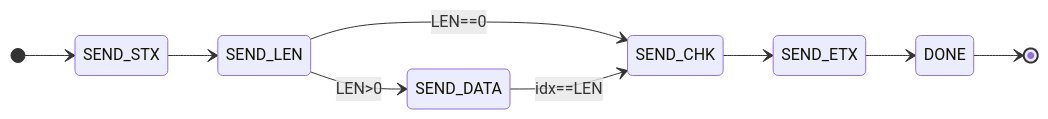
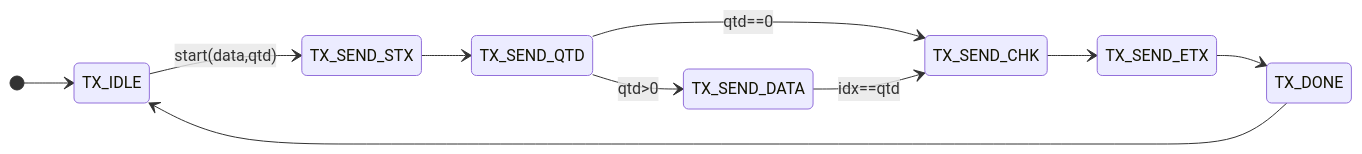
The diagram in FSM_Switch2/FSM_TX.mmd (angelolovatto/ufsm00292-pse), drawn with Mermaid before and after one commit. The commit also changed 9 other files, not shown here.

```diff
--- a/FSM_Switch2/FSM_TX.mmd
+++ b/FSM_Switch2/FSM_TX.mmd
@@ -1,10 +1,12 @@
 stateDiagram-v2
     direction LR
-    [*] --> SEND_STX
-    SEND_STX --> SEND_LEN
-    SEND_LEN --> SEND_DATA: LEN>0
-    SEND_LEN --> SEND_CHK: LEN==0
-    SEND_DATA --> SEND_CHK: idx==LEN
-    SEND_CHK --> SEND_ETX
-    SEND_ETX --> DONE
-    DONE --> [*]
+
+    [*] --> TX_IDLE
+    TX_IDLE     --> TX_SEND_STX: start(data,qtd)
+    TX_SEND_STX --> TX_SEND_QTD
+    TX_SEND_QTD --> TX_SEND_DATA: qtd>0
+    TX_SEND_QTD --> TX_SEND_CHK:  qtd==0
+    TX_SEND_DATA --> TX_SEND_CHK: idx==qtd
+    TX_SEND_CHK  --> TX_SEND_ETX
+    TX_SEND_ETX  --> TX_DONE
+    TX_DONE      --> TX_IDLE
```
